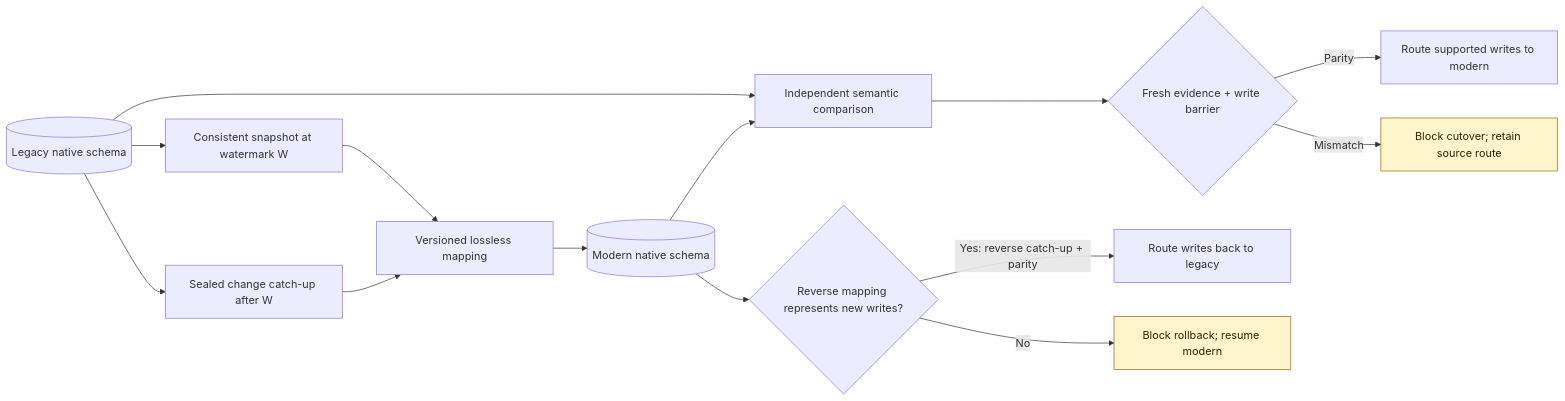
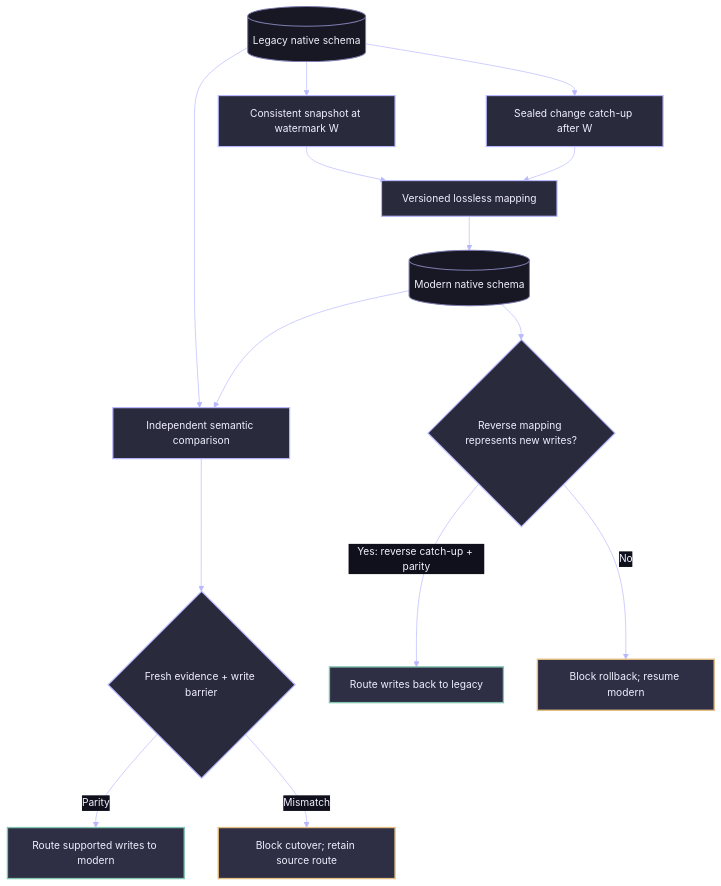
The diagram in README.md (rlbsem/martech-migration-assurance), drawn with Mermaid before and after one commit.

Commit message:
Apply Groundbreakers engineering diagram palette (#1)
* Restyle GitHub architecture diagram with Groundbreakers engineering theme

* Improve GitHub diagram readability using vertical flow layout

````diff
--- a/README.md
+++ b/README.md
@@ -9,18 +9,25 @@
 ```mermaid
-flowchart LR
+%%{init: {"theme":"base","themeVariables":{"background":"#10101D","primaryColor":"#2A2A3D","primaryTextColor":"#F0F0FF","primaryBorderColor":"#7C7CAF","lineColor":"#B8B8FF","textColor":"#F0F0FF","secondaryColor":"#181825","tertiaryColor":"#2E2E45","fontFamily":"IBM Plex Sans, Arial, sans-serif","fontSize":"15px","edgeLabelBackground":"#10101D"}}}%%
+flowchart TB
   L[(Legacy native schema)] --> S[Consistent snapshot at watermark W]
   S --> M[Versioned lossless mapping]
   L --> C[Sealed change catch-up after W]
   C --> M
   M --> N[(Modern native schema)]
   L --> V[Independent semantic comparison]
   N --> V
   V --> G{Fresh evidence + write barrier}
   G -->|Parity| R[Route supported writes to modern]
   G -->|Mismatch| B[Block cutover; retain source route]
   N --> Q{Reverse mapping represents new writes?}
   Q -->|Yes: reverse catch-up + parity| K[Route writes back to legacy]
   Q -->|No| X[Block rollback; resume modern]
-  classDef stop fill:#fff4cc,stroke:#946800,color:#302300;
+  classDef stop fill:#2E2E45,stroke:#E3BC7F,color:#F0F0FF,stroke-width:2px;
+  classDef source fill:#181825,stroke:#7C7CAF,color:#F0F0FF,stroke-width:1.5px;
+  classDef control fill:#2A2A3D,stroke:#B8B8FF,color:#F0F0FF,stroke-width:1.7px;
+  classDef passed fill:#2E2E45,stroke:#81C5B0,color:#F0F0FF,stroke-width:2px;
   class B,X stop;
+  class L,N source;
+  class S,M,C,V,G,Q control;
+  class R,K passed;
 ```
````
